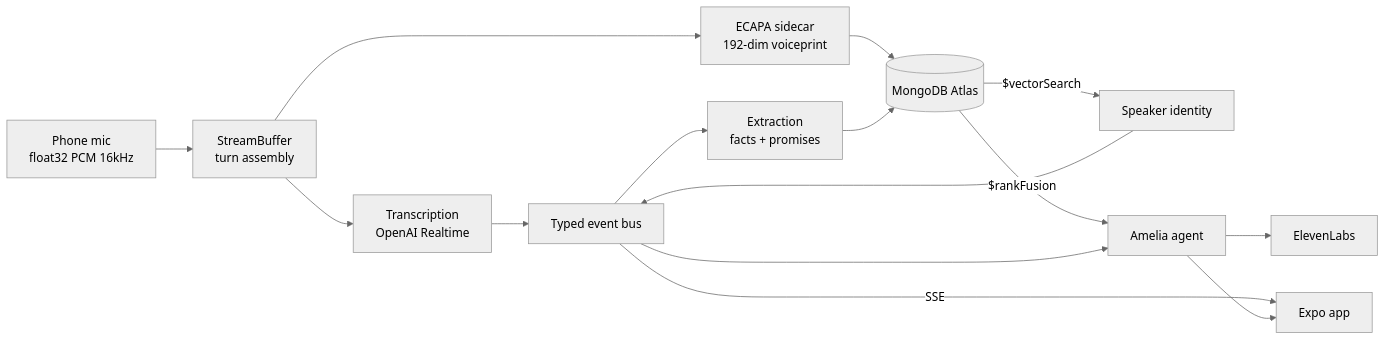
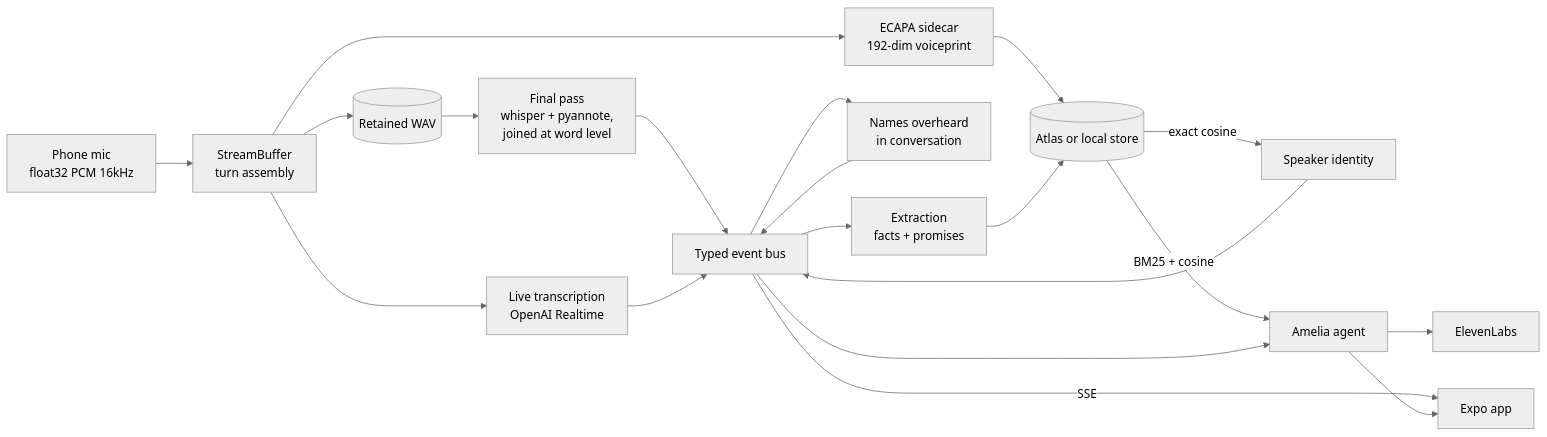
One commit to borisnezlobin/mongo-hacks changed the diagram in README.md. Above: the diagram before and after it, drawn with Mermaid (neutral theme). The commit also changed other lines of this file and 7 other files, not shown here.

````diff
--- a/README.md
+++ b/README.md
@@ -49,17 +52,22 @@
 ```mermaid
 flowchart LR
     Mic["Phone mic<br/>float32 PCM 16kHz"] --> Buffer["StreamBuffer<br/>turn assembly"]
-    Buffer --> ASR["Transcription<br/>OpenAI Realtime"]
+    Buffer --> ASR["Live transcription<br/>OpenAI Realtime"]
     Buffer --> Print["ECAPA sidecar<br/>192-dim voiceprint"]
-    Print --> Atlas[("MongoDB Atlas")]
+    Buffer --> Wav[("Retained WAV")]
+    Wav --> Final["Final pass<br/>whisper + pyannote,<br/>joined at word level"]
+    Final --> Bus
+    Print --> Store[("Atlas or local store")]
     ASR --> Bus["Typed event bus"]
-    Atlas -->|"$vectorSearch"| Ident["Speaker identity"]
+    Store -->|"exact cosine"| Ident["Speaker identity"]
     Ident --> Bus
+    Bus --> Name["Names overheard<br/>in conversation"]
+    Name --> Bus
     Bus --> Mem["Extraction<br/>facts + promises"]
-    Mem --> Atlas
-    Atlas -->|"$rankFusion"| Agent["Amelia agent"]
+    Mem --> Store
+    Store -->|"BM25 + cosine"| Agent["Amelia agent"]
     Bus --> Agent
     Agent --> TTS["ElevenLabs"]
     Bus -->|SSE| App["Expo app"]
     Agent --> App
 ```
````
